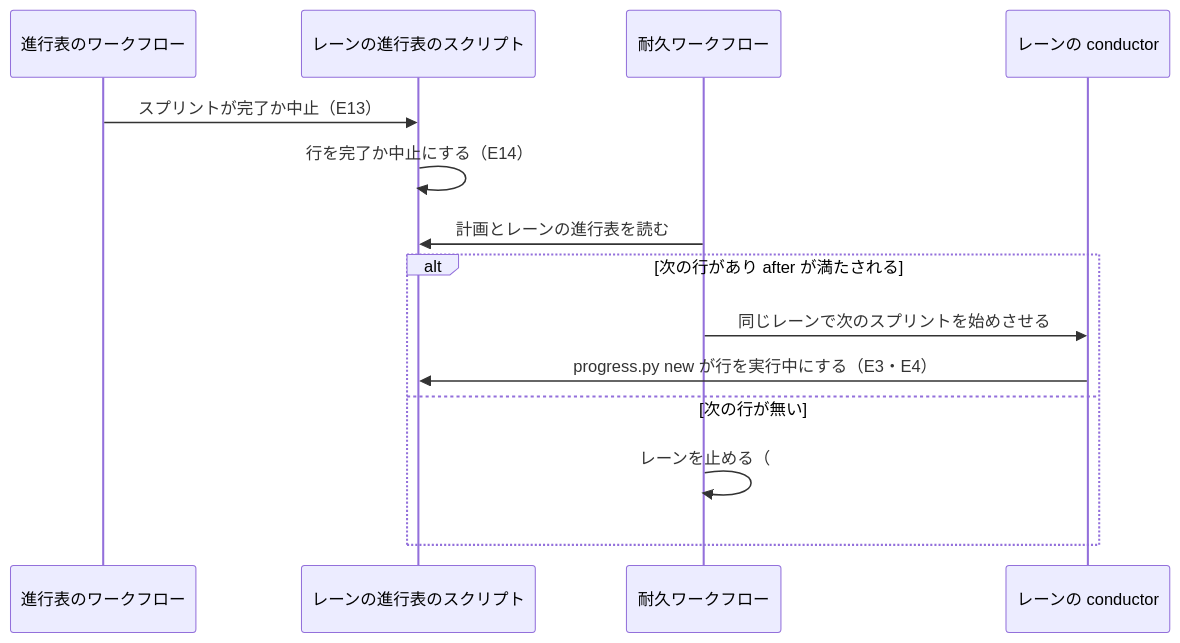
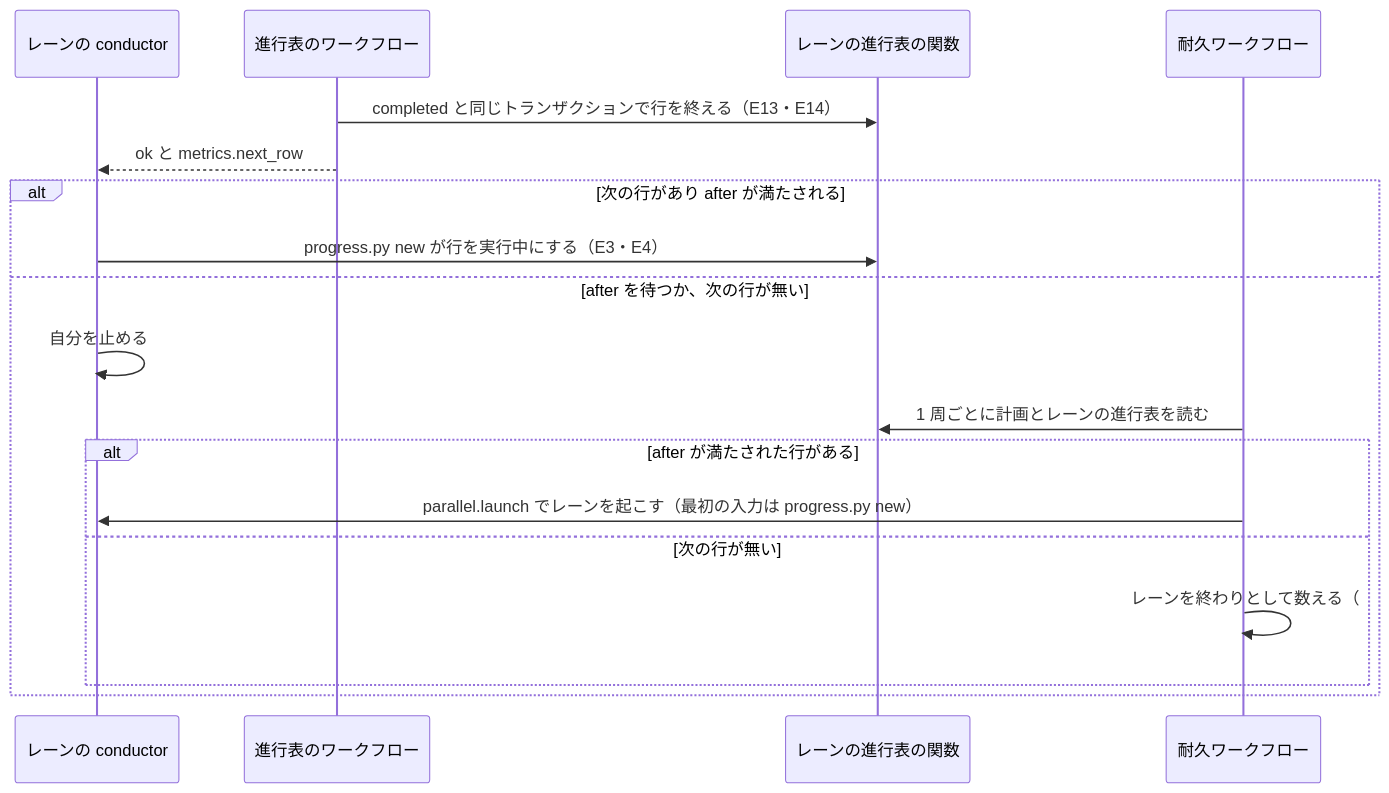
One commit to devbasex/ai-plugins changed the sixth of 7 diagrams in issues/issue-3092-design-runtime.md. Above: the diagram before and after it, drawn with Mermaid. The commit also changed other lines of this file and 1 other file, not shown here.

````diff
--- a/issues/issue-3092-design-runtime.md
+++ b/issues/issue-3092-design-runtime.md
@@ -363,16 +382,20 @@
 ```mermaid
 sequenceDiagram
+    participant C as レーンの conductor
     participant W as 進行表のワークフロー
-    participant L as レーンの進行表のスクリプト
+    participant L as レーンの進行表の関数
     participant D as 耐久ワークフロー
-    participant C as レーンの conductor
-    W->>L: スプリントが完了か中止（E13）
-    L->>L: 行を完了か中止にする（E14）
-    D->>L: 計画とレーンの進行表を読む
+    W->>L: completed と同じトランザクションで行を終える（E13・E14）
+    W-->>C: ok と metrics.next_row
     alt 次の行があり after が満たされる
-        D->>C: 同じレーンで次のスプリントを始めさせる
         C->>L: progress.py new が行を実行中にする（E3・E4）
-    else 次の行が無い
-        D->>D: レーンを止める（#3058）
+    else after を待つか、次の行が無い
+        C->>C: 自分を止める
+        D->>L: 1 周ごとに計画とレーンの進行表を読む
+        alt after が満たされた行がある
+            D->>C: parallel.launch でレーンを起こす（最初の入力は progress.py new）
+        else 次の行が無い
+            D->>D: レーンを終わりとして数える（#3058）
+        end
     end
 ```
````
